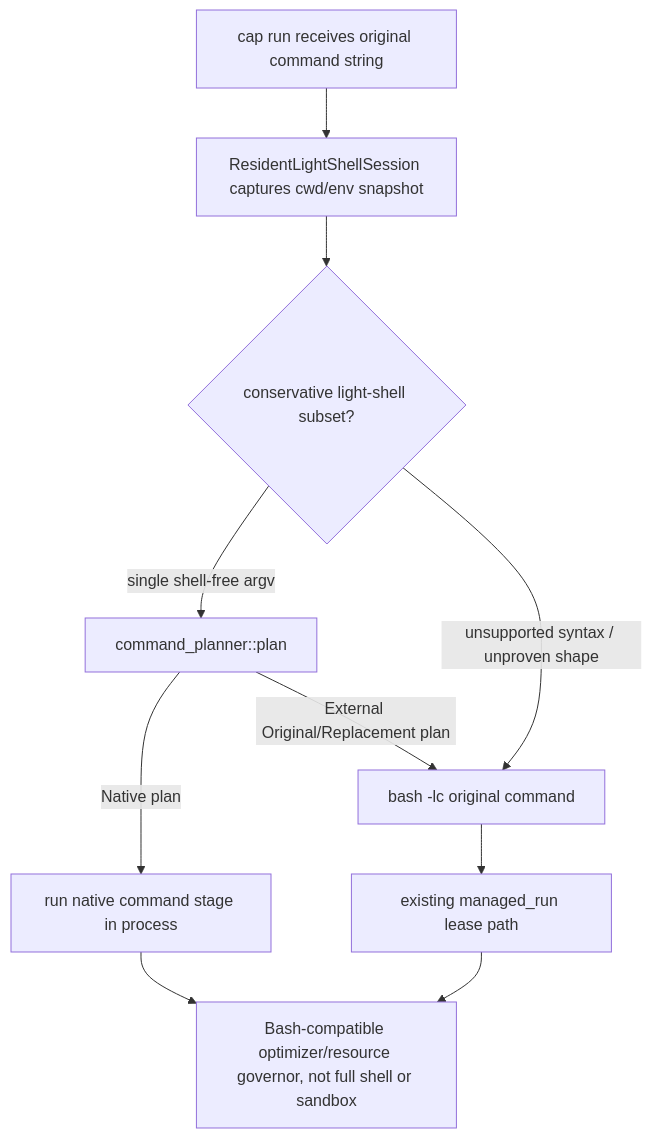
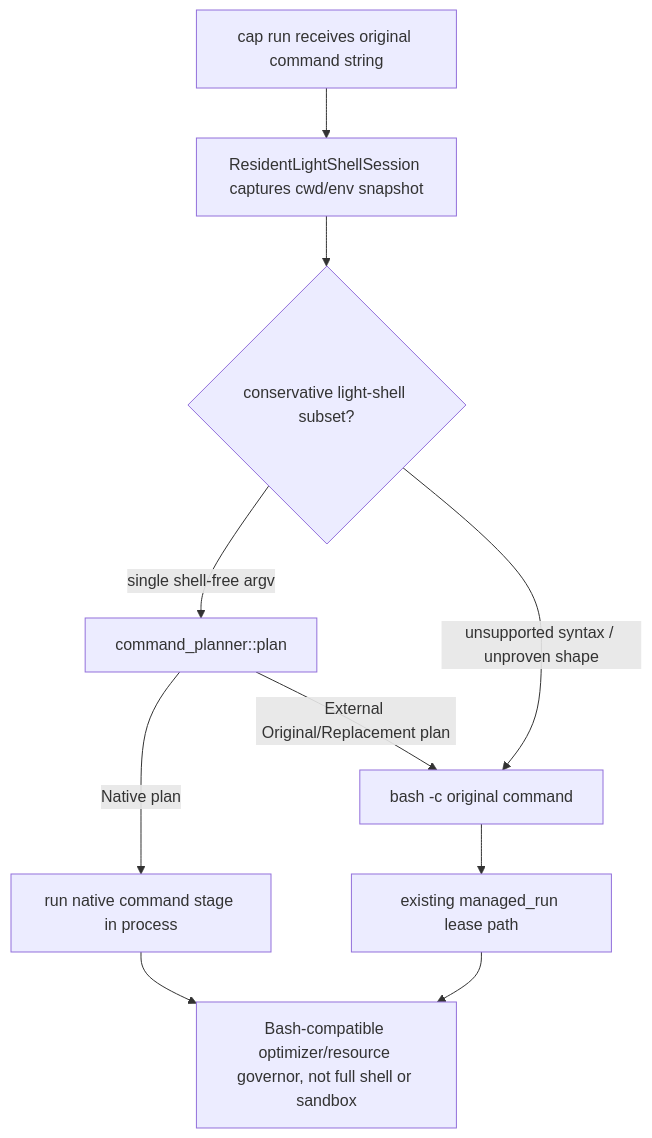
The first of 2 diagrams in projects/cap/tech-design/logic/design-resident-light-shell-with-dynamic-bash-fallback.md (chrischeng-c4/axiom), drawn with Mermaid before and after one commit. The commit also changed other lines of this file and 4 other files, not shown here.

````diff
--- a/projects/cap/tech-design/logic/design-resident-light-shell-with-dynamic-bash-fallback.md
+++ b/projects/cap/tech-design/logic/design-resident-light-shell-with-dynamic-bash-fallback.md
@@ -25,35 +25,35 @@
 ```mermaid
 ---
 id: cap-resident-light-shell-contract
 entry: cap_run
 nodes:
   cap_run: { kind: start, label: "cap run receives original command string" }
   session: { kind: process, label: "ResidentLightShellSession captures cwd/env snapshot" }
   parse: { kind: decision, label: "conservative light-shell subset?" }
   planner: { kind: process, label: "route shell-free argv through command_planner" }
   native_stage: { kind: process, label: "run native command stage in process" }
-  bash_fallback: { kind: process, label: "bash -lc original command" }
+  bash_fallback: { kind: process, label: "bash -c original command" }
   managed_run: { kind: process, label: "existing managed_run lease path for external fallback" }
   boundary: { kind: terminal, label: "Bash-compatible optimizer/resource governor, not full shell or sandbox" }
 edges:
   - { from: cap_run, to: session, label: "agent hook or direct CLI" }
   - { from: session, to: parse, label: "preserve session cwd/env" }
   - { from: parse, to: planner, label: "single shell-free argv" }
   - { from: parse, to: bash_fallback, label: "unsupported syntax / unproven shape" }
   - { from: planner, to: native_stage, label: "Native plan" }
   - { from: planner, to: bash_fallback, label: "External Original/Replacement plan" }
   - { from: native_stage, to: boundary, label: "stdout/stderr/exit parity evidence" }
   - { from: bash_fallback, to: managed_run, label: "resource protection preserved" }
   - { from: managed_run, to: boundary, label: "daemon-backed fallback" }
 ---
 flowchart TB
   cap_run["cap run receives original command string"] --> session["ResidentLightShellSession captures cwd/env snapshot"]
   session --> parse{"conservative light-shell subset?"}
   parse -->|single shell-free argv| planner["command_planner::plan"]
-  parse -->|unsupported syntax / unproven shape| bash_fallback["bash -lc original command"]
+  parse -->|unsupported syntax / unproven shape| bash_fallback["bash -c original command"]
   planner -->|Native plan| native_stage["run native command stage in process"]
   planner -->|External Original/Replacement plan| bash_fallback
   native_stage --> boundary["Bash-compatible optimizer/resource governor, not full shell or sandbox"]
   bash_fallback --> managed_run["existing managed_run lease path"]
   managed_run --> boundary
 ```
````
